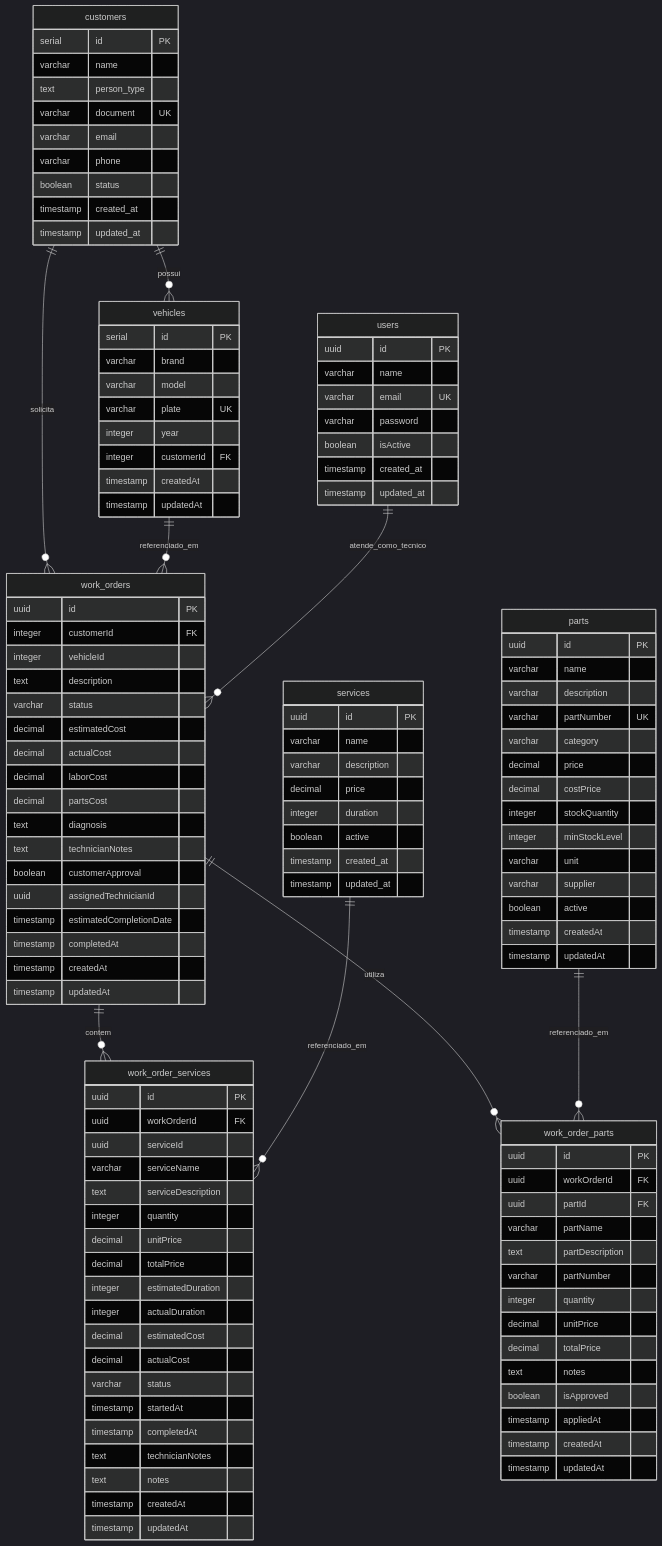
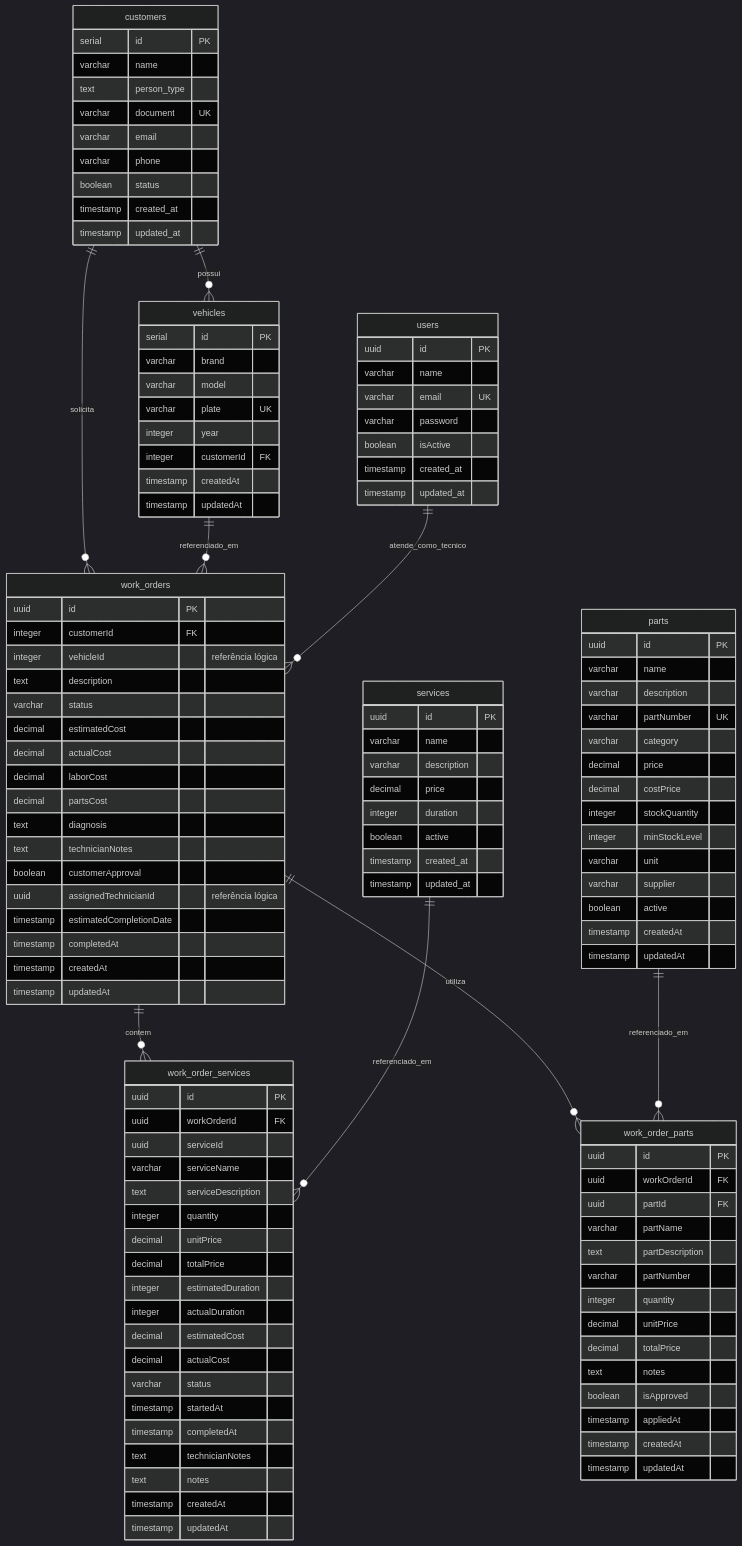
Before and after one commit to 12SOAT-Workshop-FIAP/garage-management-system: the diagram in docs/justificativa-banco-dados-modelo-relacional.md, drawn with Mermaid (dark theme). The commit also changed other lines of this file and 4 other files, not shown here.

```diff
--- a/docs/justificativa-banco-dados-modelo-relacional.md
+++ b/docs/justificativa-banco-dados-modelo-relacional.md
@@ -339,7 +339,7 @@
     work_orders {
         uuid id PK
         integer customerId FK
-        integer vehicleId
+        integer vehicleId "referência lógica"
         text description
         varchar status
         decimal estimatedCost
@@ -349,7 +349,7 @@
         text diagnosis
         text technicianNotes
         boolean customerApproval
-        uuid assignedTechnicianId
+        uuid assignedTechnicianId "referência lógica"
         timestamp estimatedCompletionDate
         timestamp completedAt
         timestamp createdAt
```
